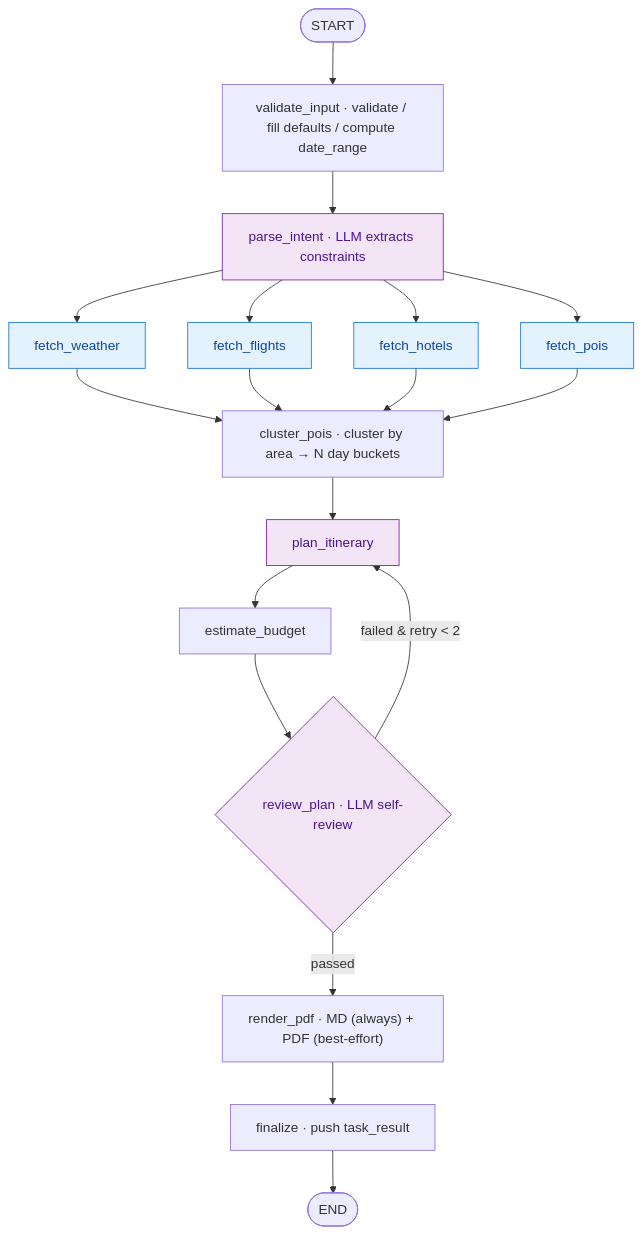
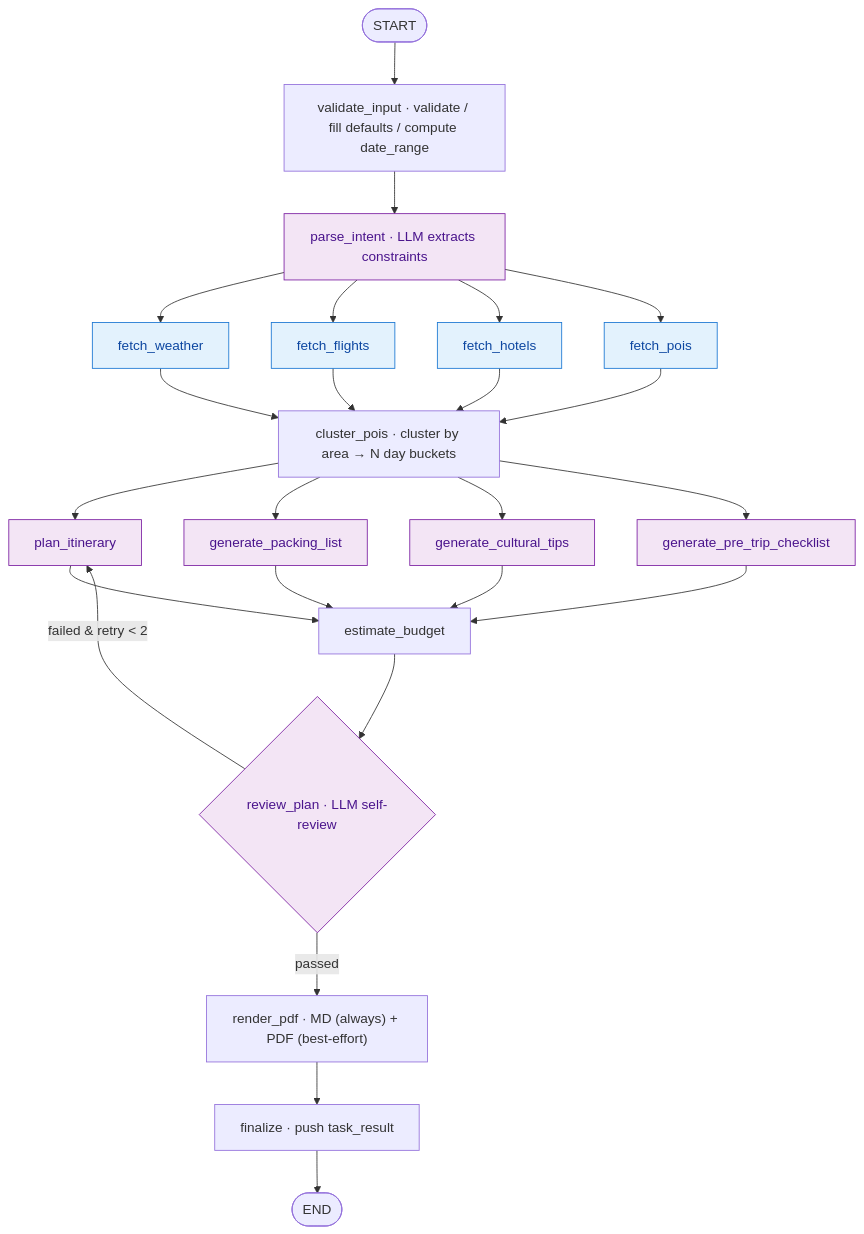
Before and after one commit to isJoker/TravelPlanningAgent: the second of 9 diagrams in README.en.md, drawn with Mermaid. The commit also changed other lines of this file and 1 other file, not shown here.

````diff
--- a/README.en.md
+++ b/README.en.md
@@ -290,25 +291,31 @@
 ```mermaid
 flowchart TD
     Start([START]) --> VI["validate_input · validate / fill defaults / compute date_range"]
     VI --> PI["parse_intent · LLM extracts constraints"]
     PI --> FW[fetch_weather]
     PI --> FF[fetch_flights]
     PI --> FH[fetch_hotels]
     PI --> FP[fetch_pois]
     FW --> CP["cluster_pois · cluster by area → N day buckets"]
     FF --> CP
     FH --> CP
     FP --> CP
     CP --> PL[plan_itinerary]
+    CP --> GPL[generate_packing_list]
+    CP --> GCT[generate_cultural_tips]
+    CP --> GPT[generate_pre_trip_checklist]
     PL --> EB[estimate_budget]
+    GPL --> EB
+    GCT --> EB
+    GPT --> EB
     EB --> RP{"review_plan · LLM self-review"}
     RP -->|"failed & retry &lt; 2"| PL
     RP -->|"passed"| RD["render_pdf · MD (always) + PDF (best-effort)"]
     RD --> FN["finalize · push task_result"]
     FN --> End([END])
 
     classDef parallel fill:#e3f2fd,stroke:#1976d2,color:#0d47a1
     classDef llm fill:#f3e5f5,stroke:#7b1fa2,color:#4a148c
     class FW,FF,FH,FP parallel
-    class PI,PL,RP llm
+    class PI,PL,RP,GPL,GCT,GPT llm
 ```
````
